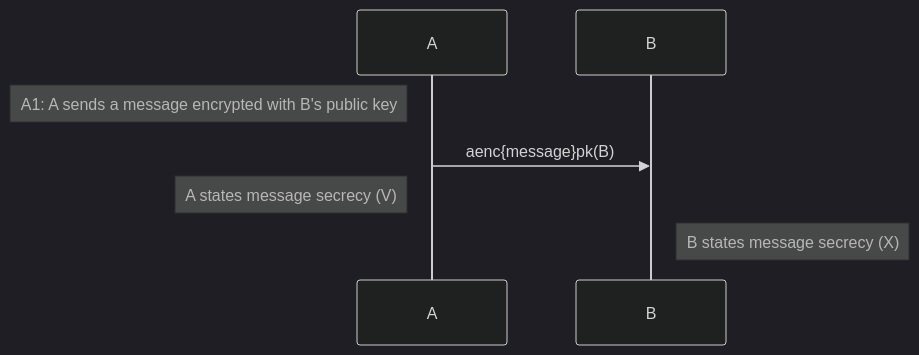
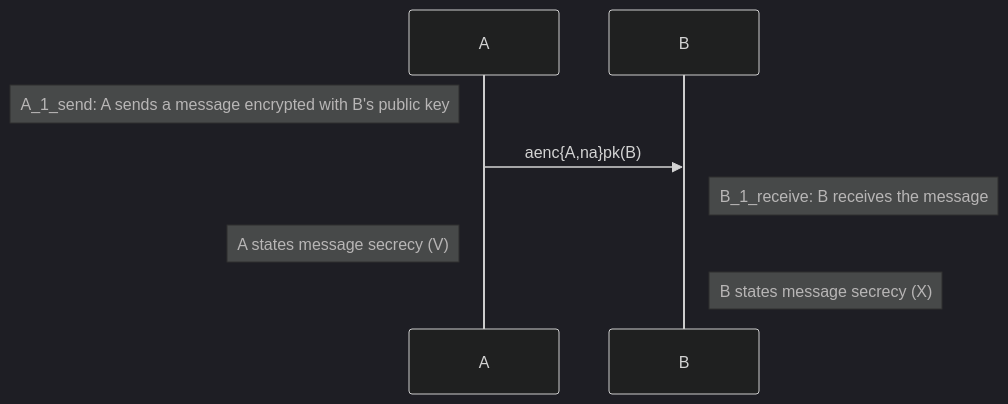
Before and after one commit to cristiandaniele/A-gentle-introduction-to-Tamarin: the second of 2 diagrams in README.md, drawn with Mermaid (dark theme). The commit also changed other lines of this file and 1 other file, not shown here.

````diff
--- a/README.md
+++ b/README.md
@@ -217,7 +224,8 @@
 ```mermaid
 sequenceDiagram
-    Note left of A : A1: A sends a message encrypted with B's public key
-    A->>B:  aenc{message}pk(B)
+    Note left of A : A_1_send: A sends a message encrypted with B's public key
+    A->>B:  aenc{A,na}pk(B)
+    Note right of B: B_1_receive: B receives the message
     Note left of A: A states message secrecy (V)
     Note right of B: B states message secrecy (X)
 ``` 
````
